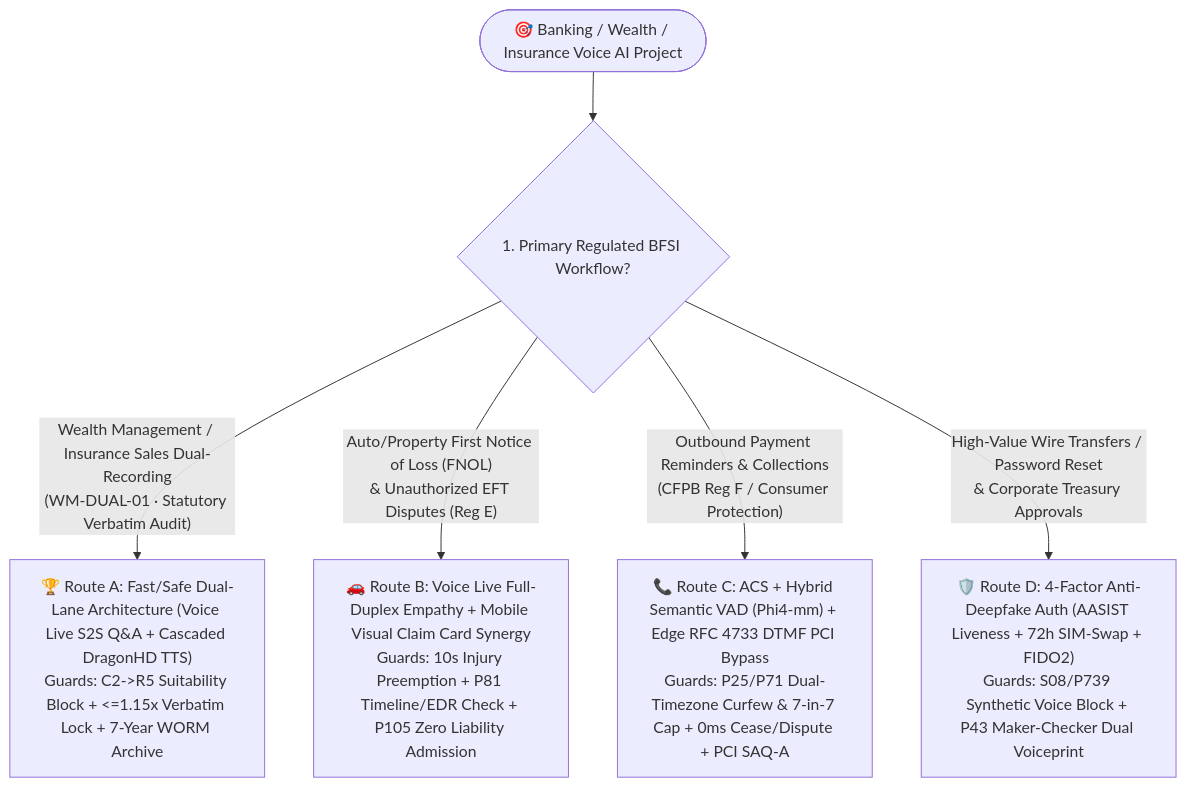
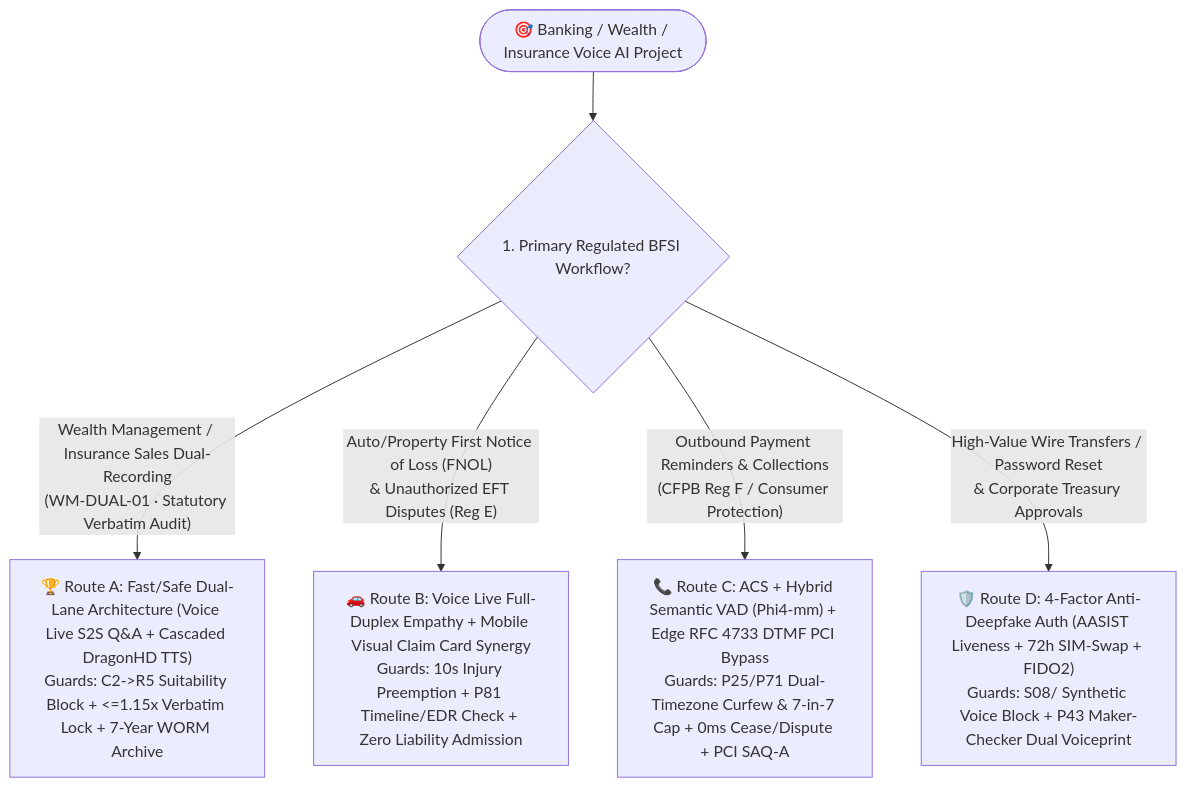
Before and after one commit to turbo998/voice-agent-lab: the first of 3 diagrams in docs/bfsi-wealth-dual-recording-claims-compliant-outbound-voice-selection-faq.en.md, drawn with Mermaid. The commit also changed other lines of this file and 715 other files, not shown here.

First line of the commit message:
chore: curate Enterprise Voice AI SA deliverables and purge non-SA RFC/industrial bloat

````diff
--- a/docs/bfsi-wealth-dual-recording-claims-compliant-outbound-voice-selection-faq.en.md
+++ b/docs/bfsi-wealth-dual-recording-claims-compliant-outbound-voice-selection-faq.en.md
@@ -75,12 +75,12 @@
 ```mermaid
 flowchart TD
-    Start(["🎯 Banking / Wealth / Insurance Voice AI Project"]) --> Q1{"1. Primary Regulated BFSI Workflow?"}
-    
-    Q1 -- "Wealth Management / Insurance Sales Dual-Recording<br/>(WM-DUAL-01 · Statutory Verbatim Audit)" --> ChoiceDualRec["🏆 Route A: Fast/Safe Dual-Lane Architecture (Voice Live S2S Q&A + Cascaded DragonHD TTS)<br/>Guards: C2->R5 Suitability Block + <=1.15x Verbatim Lock + 7-Year WORM Archive"]
-    
-    Q1 -- "Auto/Property First Notice of Loss (FNOL)<br/>& Unauthorized EFT Disputes (Reg E)" --> ChoiceFNOL["🚗 Route B: Voice Live Full-Duplex Empathy + Mobile Visual Claim Card Synergy<br/>Guards: 10s Injury Preemption + P81 Timeline/EDR Check + P105 Zero Liability Admission"]
-    
-    Q1 -- "Outbound Payment Reminders & Collections<br/>(CFPB Reg F / Consumer Protection)" --> ChoiceOutbound["📞 Route C: ACS + Hybrid Semantic VAD (Phi4-mm) + Edge RFC 4733 DTMF PCI Bypass<br/>Guards: P25/P71 Dual-Timezone Curfew & 7-in-7 Cap + 0ms Cease/Dispute + PCI SAQ-A"]
-    
-    Q1 -- "High-Value Wire Transfers / Password Reset<br/>& Corporate Treasury Approvals" --> ChoiceAuth["🛡️ Route D: 4-Factor Anti-Deepfake Auth (AASIST Liveness + 72h SIM-Swap + FIDO2)<br/>Guards: S08/P739 Synthetic Voice Block + P43 Maker-Checker Dual Voiceprint"]
+ Start(["🎯 Banking / Wealth / Insurance Voice AI Project"]) --> Q1{"1. Primary Regulated BFSI Workflow?"}
+ 
+ Q1 -- "Wealth Management / Insurance Sales Dual-Recording<br/>(WM-DUAL-01 · Statutory Verbatim Audit)" --> ChoiceDualRec["🏆 Route A: Fast/Safe Dual-Lane Architecture (Voice Live S2S Q&A + Cascaded DragonHD TTS)<br/>Guards: C2->R5 Suitability Block + <=1.15x Verbatim Lock + 7-Year WORM Archive"]
+ 
+ Q1 -- "Auto/Property First Notice of Loss (FNOL)<br/>& Unauthorized EFT Disputes (Reg E)" --> ChoiceFNOL["🚗 Route B: Voice Live Full-Duplex Empathy + Mobile Visual Claim Card Synergy<br/>Guards: 10s Injury Preemption + P81 Timeline/EDR Check + Zero Liability Admission"]
+ 
+ Q1 -- "Outbound Payment Reminders & Collections<br/>(CFPB Reg F / Consumer Protection)" --> ChoiceOutbound["📞 Route C: ACS + Hybrid Semantic VAD (Phi4-mm) + Edge RFC 4733 DTMF PCI Bypass<br/>Guards: P25/P71 Dual-Timezone Curfew & 7-in-7 Cap + 0ms Cease/Dispute + PCI SAQ-A"]
+ 
+ Q1 -- "High-Value Wire Transfers / Password Reset<br/>& Corporate Treasury Approvals" --> ChoiceAuth["🛡️ Route D: 4-Factor Anti-Deepfake Auth (AASIST Liveness + 72h SIM-Swap + FIDO2)<br/>Guards: S08/ Synthetic Voice Block + P43 Maker-Checker Dual Voiceprint"]
 ```
````
